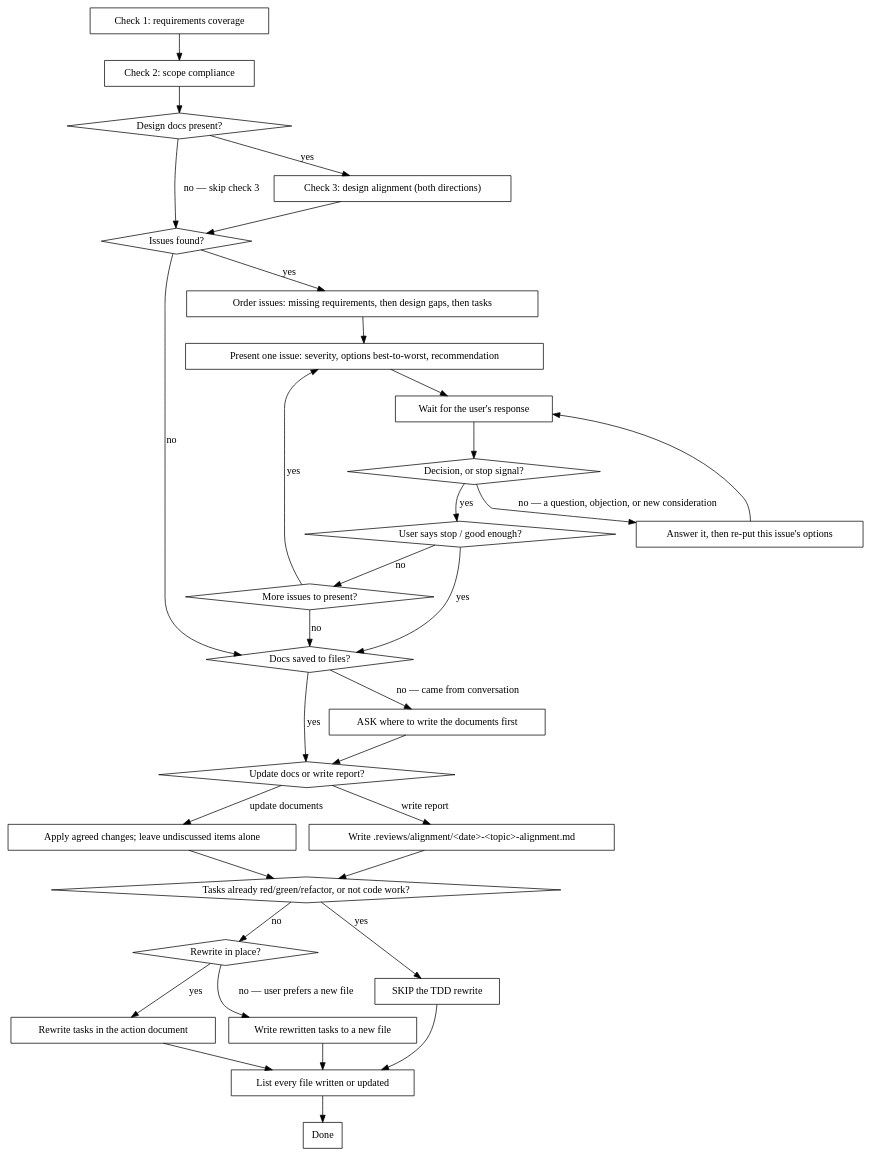
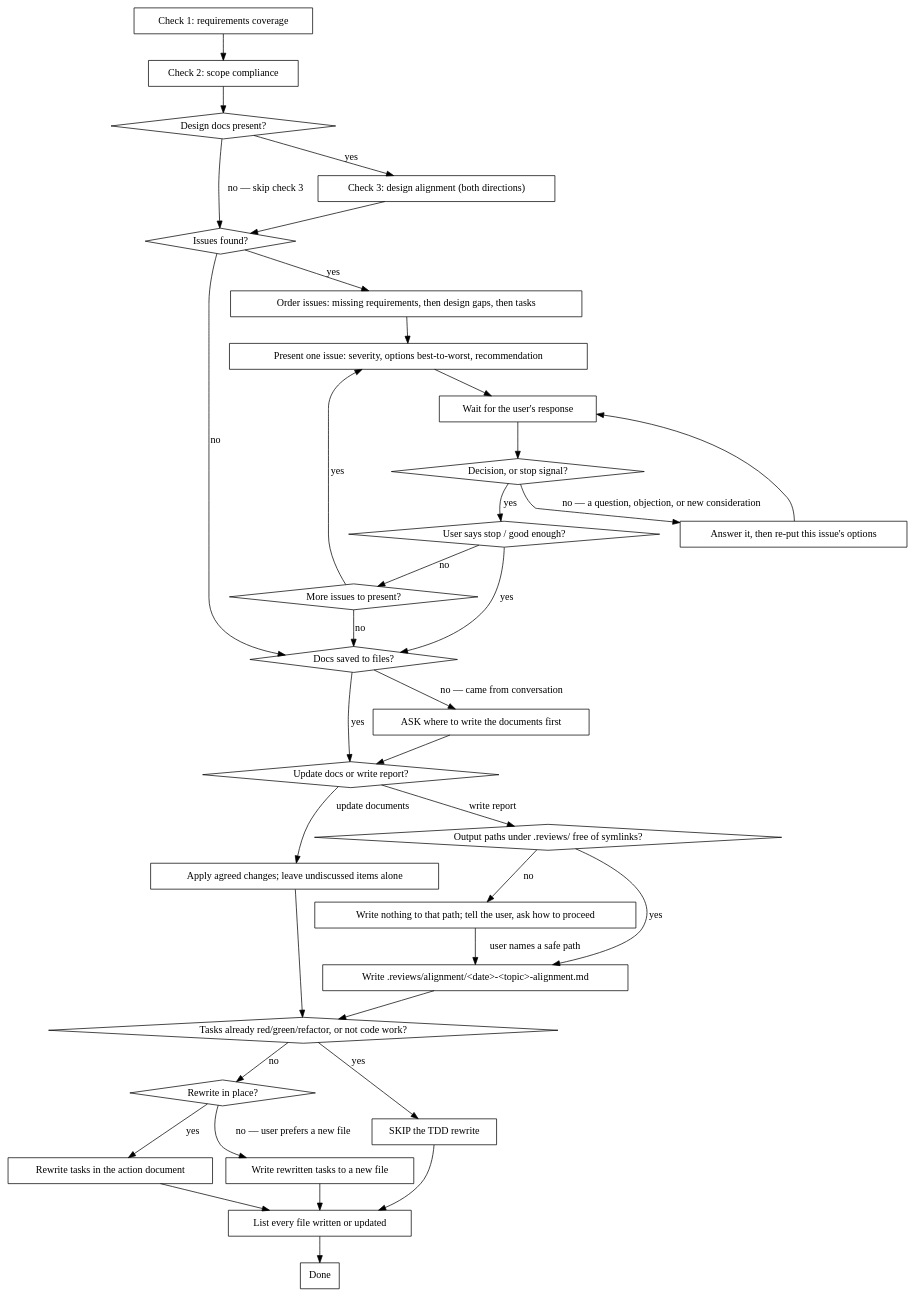
Before and after one commit to Ovid/paad: the second of 2 diagrams in kiro_and_antigravity/skills/.kiro/skills/alignment/SKILL.md, drawn with Graphviz. The commit also changed other lines of this file and 51 other files, not shown here.

````diff
--- a/kiro_and_antigravity/skills/.kiro/skills/alignment/SKILL.md
+++ b/kiro_and_antigravity/skills/.kiro/skills/alignment/SKILL.md
@@ -60,65 +62,70 @@
 ```dot
 digraph analysis_and_resolution {
   "Design docs present?" [shape=diamond];
   "Issues found?" [shape=diamond];
   "User says stop / good enough?" [shape=diamond];
   "Decision, or stop signal?" [shape=diamond];
   "More issues to present?" [shape=diamond];
   "Update docs or write report?" [shape=diamond];
   "Docs saved to files?" [shape=diamond];
   "Tasks already red/green/refactor, or not code work?" [shape=diamond];
   "Rewrite in place?" [shape=diamond];
 
   "Check 1: requirements coverage" [shape=box];
   "Check 2: scope compliance" [shape=box];
   "Check 3: design alignment (both directions)" [shape=box];
   "Order issues: missing requirements, then design gaps, then tasks" [shape=box];
   "Present one issue: severity, options best-to-worst, recommendation" [shape=box];
   "Wait for the user's response" [shape=box];
   "Answer it, then re-put this issue's options" [shape=box];
   "Apply agreed changes; leave undiscussed items alone" [shape=box];
+  "Output paths under .reviews/ free of symlinks?" [shape=diamond];
+  "Write nothing to that path; tell the user, ask how to proceed" [shape=box];
   "Write .reviews/alignment/<date>-<topic>-alignment.md" [shape=box];
   "ASK where to write the documents first" [shape=box];
   "SKIP the TDD rewrite" [shape=box];
   "Rewrite tasks in the action document" [shape=box];
   "Write rewritten tasks to a new file" [shape=box];
   "List every file written or updated" [shape=box];
   "Done" [shape=box];
 
   "Check 1: requirements coverage" -> "Check 2: scope compliance";
   "Check 2: scope compliance" -> "Design docs present?";
   "Design docs present?" -> "Check 3: design alignment (both directions)" [label="yes"];
   "Design docs present?" -> "Issues found?" [label="no — skip check 3"];
   "Check 3: design alignment (both directions)" -> "Issues found?";
 
   "Issues found?" -> "Order issues: missing requirements, then design gaps, then tasks" [label="yes"];
   "Issues found?" -> "Docs saved to files?" [label="no"];
   "Order issues: missing requirements, then design gaps, then tasks" -> "Present one issue: severity, options best-to-worst, recommendation";
   "Present one issue: severity, options best-to-worst, recommendation" -> "Wait for the user's response";
   "Wait for the user's response" -> "Decision, or stop signal?";
   "Decision, or stop signal?" -> "Answer it, then re-put this issue's options" [label="no — a question, objection, or new consideration"];
   "Answer it, then re-put this issue's options" -> "Wait for the user's response";
   "Decision, or stop signal?" -> "User says stop / good enough?" [label="yes"];
   "User says stop / good enough?" -> "Docs saved to files?" [label="yes"];
   "User says stop / good enough?" -> "More issues to present?" [label="no"];
   "More issues to present?" -> "Present one issue: severity, options best-to-worst, recommendation" [label="yes"];
   "More issues to present?" -> "Docs saved to files?" [label="no"];
 
   "Docs saved to files?" -> "Update docs or write report?" [label="yes"];
   "Docs saved to files?" -> "ASK where to write the documents first" [label="no — came from conversation"];
   "ASK where to write the documents first" -> "Update docs or write report?";
   "Update docs or write report?" -> "Apply agreed changes; leave undiscussed items alone" [label="update documents"];
-  "Update docs or write report?" -> "Write .reviews/alignment/<date>-<topic>-alignment.md" [label="write report"];
+  "Update docs or write report?" -> "Output paths under .reviews/ free of symlinks?" [label="write report"];
   "Apply agreed changes; leave undiscussed items alone" -> "Tasks already red/green/refactor, or not code work?";
   "Write .reviews/alignment/<date>-<topic>-alignment.md" -> "Tasks already red/green/refactor, or not code work?";
 
   "Tasks already red/green/refactor, or not code work?" -> "SKIP the TDD rewrite" [label="yes"];
   "Tasks already red/green/refactor, or not code work?" -> "Rewrite in place?" [label="no"];
   "Rewrite in place?" -> "Rewrite tasks in the action document" [label="yes"];
   "Rewrite in place?" -> "Write rewritten tasks to a new file" [label="no — user prefers a new file"];
   "SKIP the TDD rewrite" -> "List every file written or updated";
   "Rewrite tasks in the action document" -> "List every file written or updated";
   "Write rewritten tasks to a new file" -> "List every file written or updated";
   "List every file written or updated" -> "Done";
+  "Output paths under .reviews/ free of symlinks?" -> "Write .reviews/alignment/<date>-<topic>-alignment.md" [label="yes"];
+  "Output paths under .reviews/ free of symlinks?" -> "Write nothing to that path; tell the user, ask how to proceed" [label="no"];
+  "Write nothing to that path; tell the user, ask how to proceed" -> "Write .reviews/alignment/<date>-<topic>-alignment.md" [label="user names a safe path"];
 }
 ```
````
